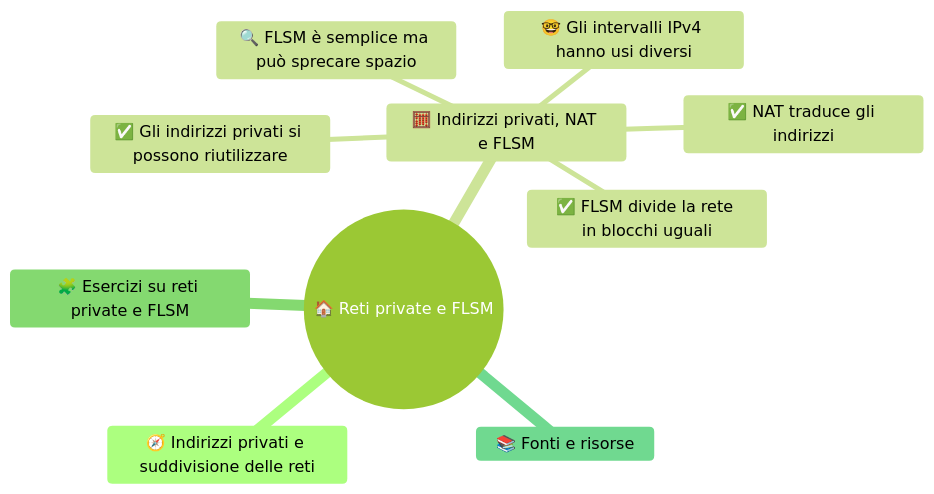
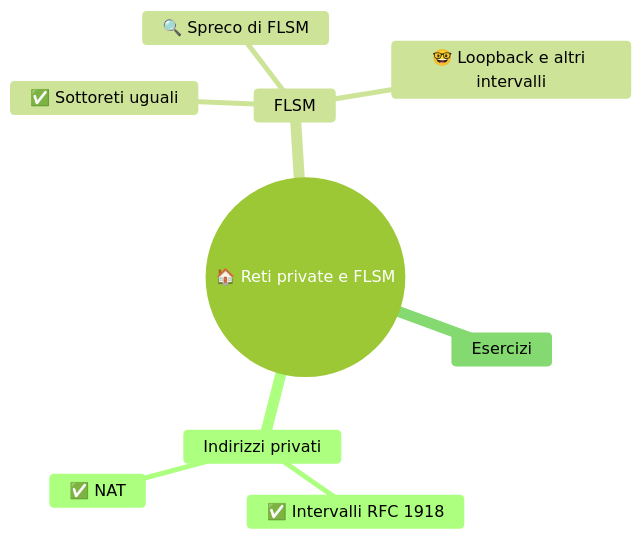
The diagram in 4DI - Sistemi e Reti/1 SETT-OTT/(STU) 4DI sett-ott S4 - Reti private e FLSM.md (Neeqstock/dispense-caramuel), drawn with Mermaid (forest theme) before and after one commit. The commit also changed other lines of this file and 19 other files, not shown here.

Commit message:
4DI, mermaid

````diff
--- a/4DI - Sistemi e Reti/1 SETT-OTT/(STU) 4DI sett-ott S4 - Reti private e FLSM.md
+++ b/4DI - Sistemi e Reti/1 SETT-OTT/(STU) 4DI sett-ott S4 - Reti private e FLSM.md
@@ -7,13 +13,12 @@
 ```mermaid
 mindmap
   root((🏠 Reti private e FLSM))
-    🧭 Indirizzi privati e suddivisione delle reti
-    🧮 Indirizzi privati, NAT e FLSM
-      ✅ Gli indirizzi privati si possono riutilizzare
-      ✅ NAT traduce gli indirizzi
-      ✅ FLSM divide la rete in blocchi uguali
-      🔍 FLSM è semplice ma può sprecare spazio
-      🤓 Gli intervalli IPv4 hanno usi diversi
-    🧩 Esercizi su reti private e FLSM
-    📚 Fonti e risorse
+    Indirizzi privati
+      ✅ Intervalli RFC 1918
+      ✅ NAT
+    FLSM
+      ✅ Sottoreti uguali
+      🔍 Spreco di FLSM
+      🤓 Loopback e altri intervalli
+    Esercizi
 ```
````
